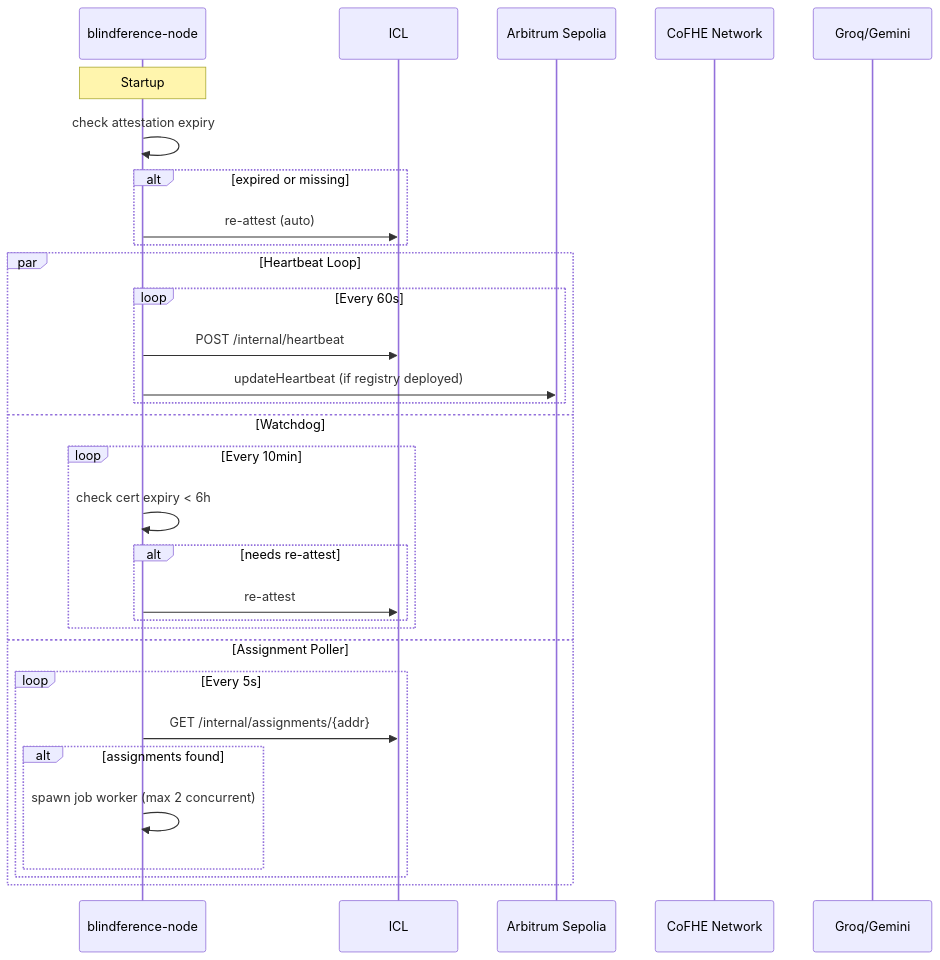
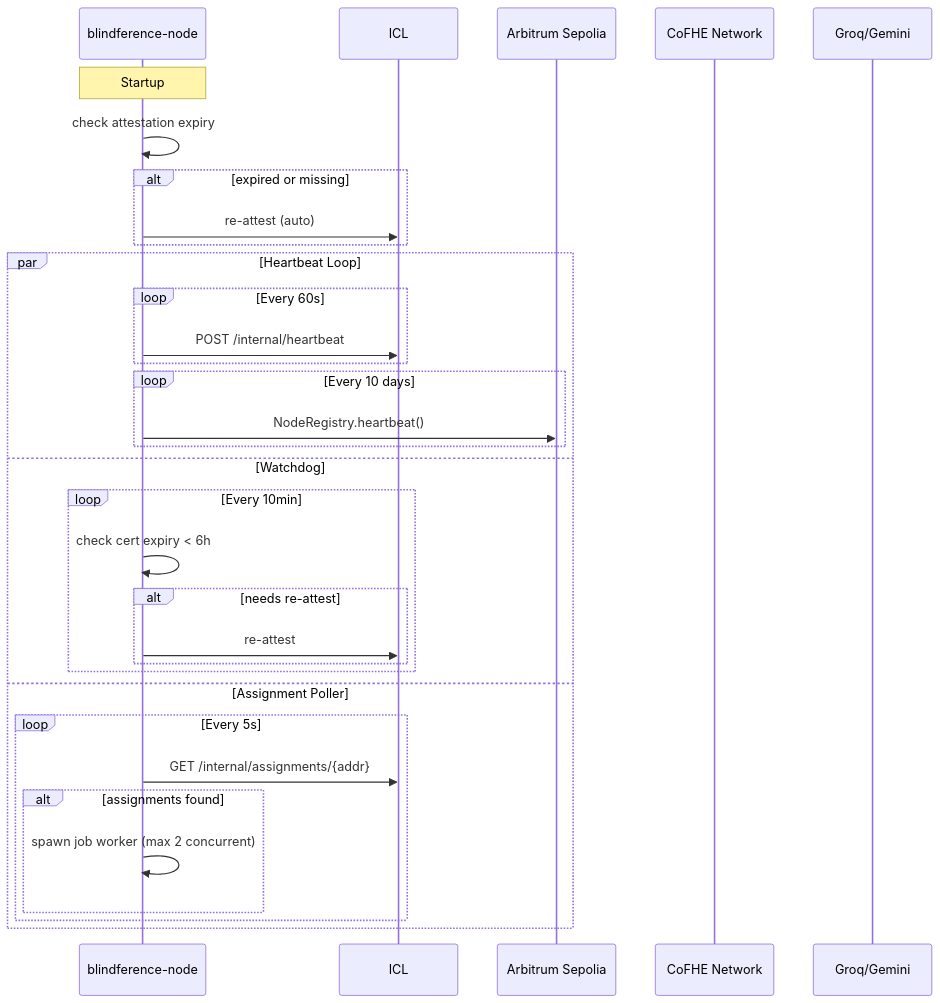
Before and after one commit to AbhishekPanwarr/Blindference: the first of 2 diagrams in docs/compute/running.mdx, drawn with Mermaid. The commit also changed other lines of this file and 37 other files, not shown here.

````diff
--- a/docs/compute/running.mdx
+++ b/docs/compute/running.mdx
@@ -29,35 +30,37 @@
 ```mermaid
 sequenceDiagram
     participant Node as blindference-node
     participant ICL
     participant Chain as Arbitrum Sepolia
     participant COFHE as CoFHE Network
     participant LLM as Groq/Gemini
 
     Note over Node: Startup
     Node->>Node: check attestation expiry
     alt expired or missing
         Node->>ICL: re-attest (auto)
     end
 
     par Heartbeat Loop
         loop Every 60s
             Node->>ICL: POST /internal/heartbeat
-            Node->>Chain: updateHeartbeat (if registry deployed)
+        end
+        loop Every 10 days
+            Node->>Chain: NodeRegistry.heartbeat()
         end
     and Watchdog
         loop Every 10min
             Node->>Node: check cert expiry < 6h
             alt needs re-attest
                 Node->>ICL: re-attest
             end
         end
     and Assignment Poller
         loop Every 5s
             Node->>ICL: GET /internal/assignments/{addr}
             alt assignments found
                 Node->>Node: spawn job worker (max 2 concurrent)
             end
         end
     end
 ```
````
